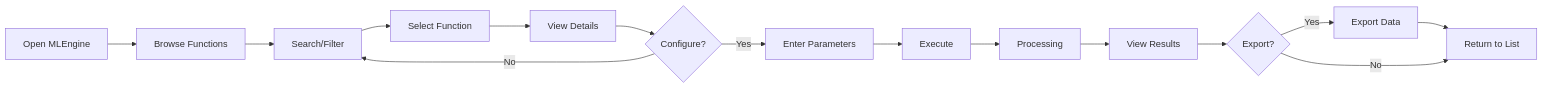
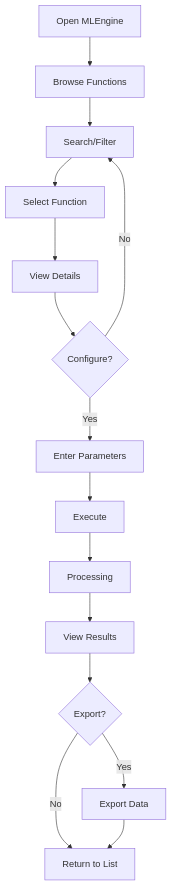
Before and after one commit to RoundRobinHood/cogniflight-cloud: the sixth of 10 diagrams in docs/SEN3781_Assignment4_Information_Architecture_Report.md, drawn with Mermaid. The commit also changed other lines of this file, not shown here.

Commit message:
improved diagram readability

````diff
--- a/docs/SEN3781_Assignment4_Information_Architecture_Report.md
+++ b/docs/SEN3781_Assignment4_Information_Architecture_Report.md
@@ -277,10 +294,13 @@
 ```mermaid
-flowchart LR
-    A[Open MLEngine] --> B[Browse Functions] --> C[Search/Filter]
-    C --> D[Select Function] --> E[View Details] --> F{Configure?}
-    F -->|Yes| G[Enter Parameters] --> H[Execute]
-    H --> I[Processing] --> J[View Results] --> K{Export?}
-    K -->|Yes| L[Export Data] --> M[Return to List]
-    K -->|No| M
+flowchart TD
+    A[Open MLEngine] --> B[Browse Functions]
+    B --> C[Search/Filter] --> D[Select Function]
+    D --> E[View Details] --> F{Configure?}
     F -->|No| C
+    F -->|Yes| G[Enter Parameters]
+    G --> H[Execute] --> I[Processing]
+    I --> J[View Results] --> K{Export?}
+    K -->|Yes| L[Export Data]
+    K -->|No| M[Return to List]
+    L --> M
 ```
````
